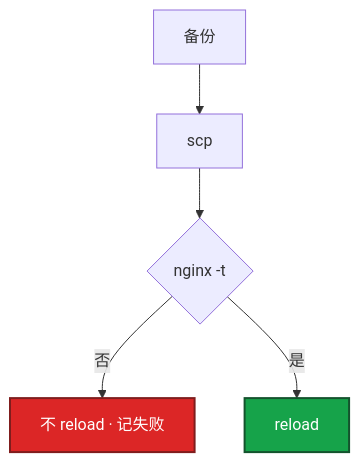
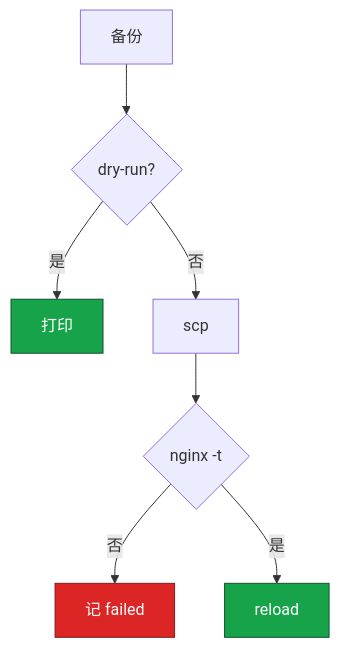
Before and after one commit to ml-cuizijun/LearnToLilith: the first of 4 diagrams in 06-开发能力/04-运维开发实战题/练习题.md, drawn with Mermaid. The commit also changed other lines of this file and 213 other files, not shown here.

````diff
--- a/06-开发能力/04-运维开发实战题/练习题.md
+++ b/06-开发能力/04-运维开发实战题/练习题.md
@@ -42,12 +35,11 @@
 ```mermaid
 flowchart TB
-    A[备份] --> B[scp]
-    B --> C{nginx -t}
-    C -->|否| D[不 reload · 记失败]
-    C -->|是| E[reload]
-
-    classDef ok fill:#16A34A,stroke:#14532D,stroke-width:2px,color:#fff
-    classDef bad fill:#DC2626,stroke:#7F1D1D,stroke-width:2px,color:#fff
-    class E ok
-    class D bad
+    A[备份] --> B{dry-run?}
+    B -->|是| C[打印]
+    B -->|否| D[scp] --> E{nginx -t}
+    E -->|否| F[记 failed]
+    E -->|是| G[reload]
+    classDef ok fill:#16A34A,stroke:#14532D,color:#fff
+    classDef bad fill:#DC2626,stroke:#7F1D1D,color:#fff
+    class C,G ok; class F bad
 ```
````
